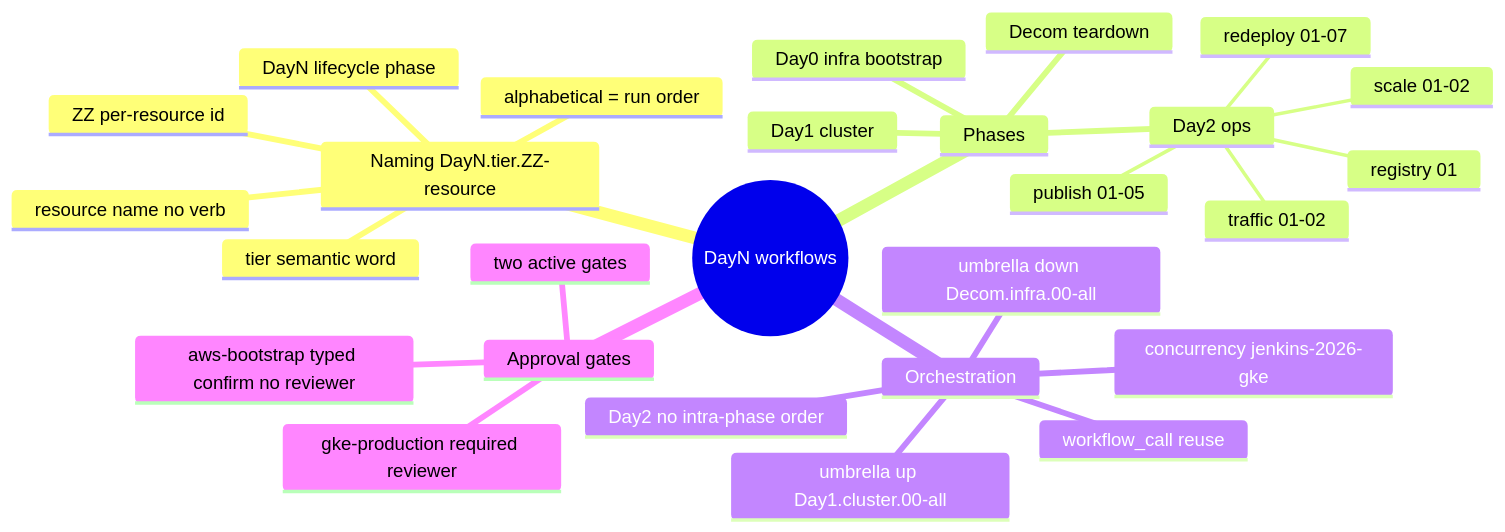
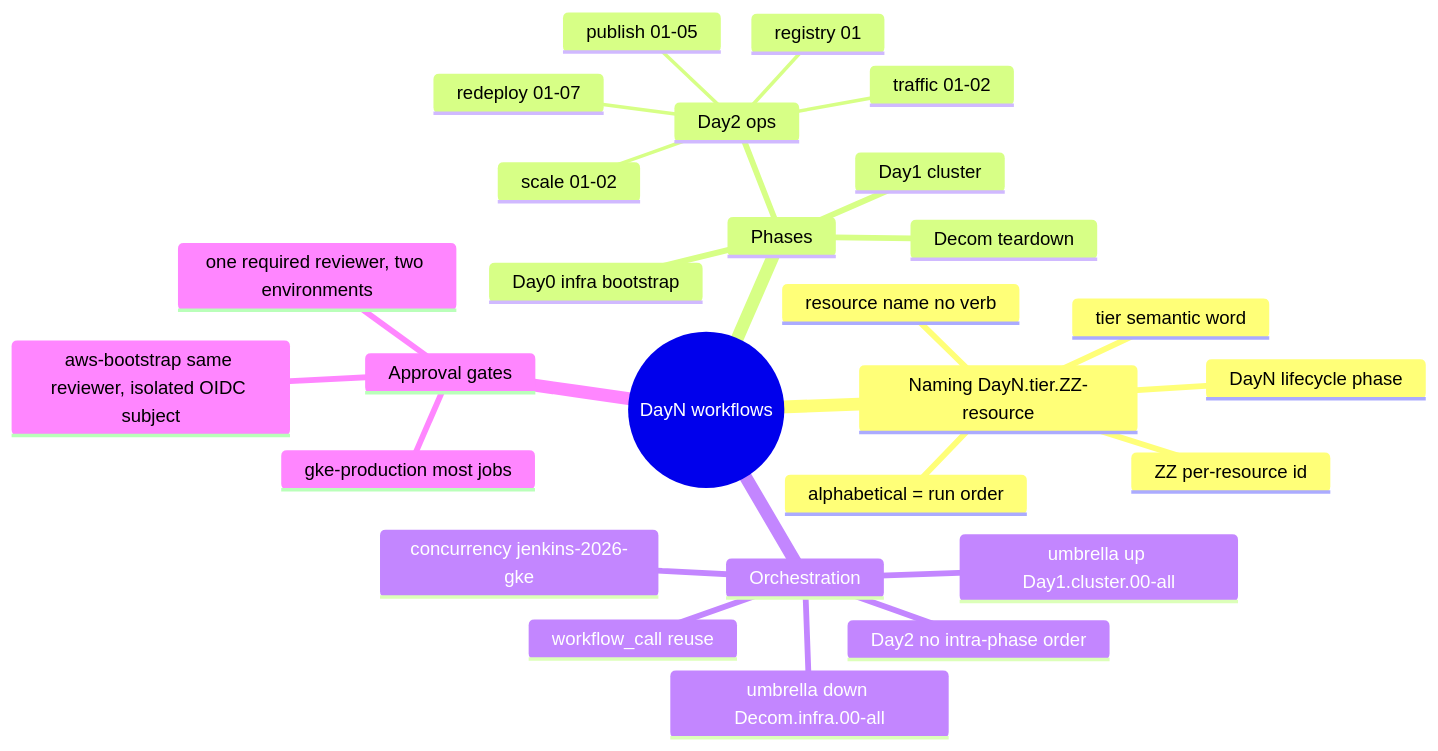
Before and after one commit to nubenetes/jenkins-2026: the first of 10 diagrams in docs/101-GITHUB_ACTIONS_WORKFLOWS.md, drawn with Mermaid. The commit also changed other lines of this file and 5 other files, not shown here.

First line of the commit message:
docs(gha): aws-bootstrap now carries the same reviewer as gke-production

````diff
--- a/docs/101-GITHUB_ACTIONS_WORKFLOWS.md
+++ b/docs/101-GITHUB_ACTIONS_WORKFLOWS.md
@@ -14,30 +14,30 @@
 ```mermaid
 mindmap
   root((DayN workflows))
     Naming DayN.tier.ZZ-resource
       DayN lifecycle phase
       tier semantic word
       ZZ per-resource id
       resource name no verb
       alphabetical = run order
     Phases
       Day0 infra bootstrap
       Day1 cluster
       Day2 ops
         publish 01-05
         redeploy 01-07
         registry 01
         scale 01-02
         traffic 01-02
       Decom teardown
     Orchestration
       concurrency jenkins-2026-gke
       workflow_call reuse
       umbrella up Day1.cluster.00-all
       umbrella down Decom.infra.00-all
       Day2 no intra-phase order
     Approval gates
-      two active gates
-      gke-production required reviewer
-      aws-bootstrap typed confirm no reviewer
+      one required reviewer, two environments
+      gke-production most jobs
+      aws-bootstrap same reviewer, isolated OIDC subject
 ```
````
